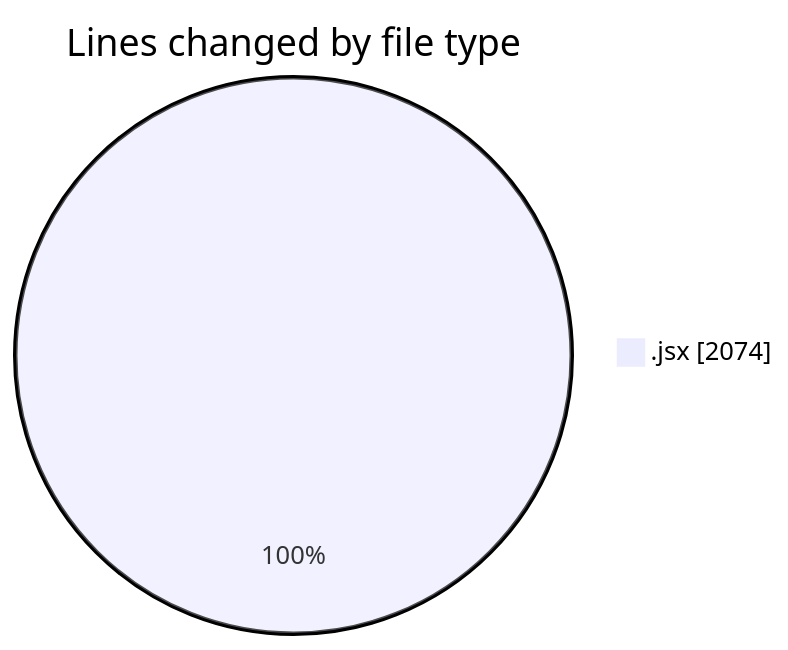
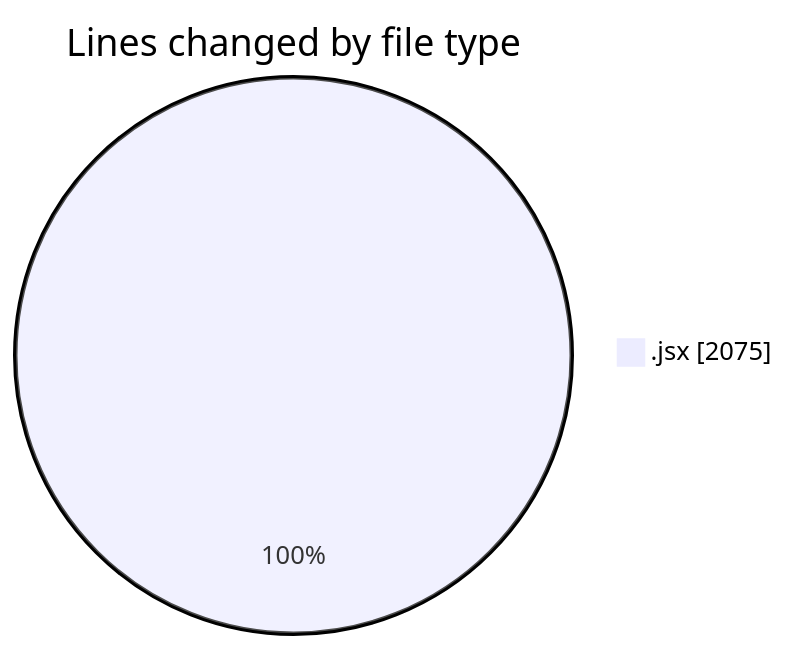
One commit to nxtqubesakshisongat/code-tracking changed the first of 2 diagrams in 2025-06-26/nxtqube_webapp/README.md. Above: the diagram before and after it, drawn with Mermaid. The commit also changed other lines of this file and 1 other file, not shown here.

````diff
--- a/2025-06-26/nxtqube_webapp/README.md
+++ b/2025-06-26/nxtqube_webapp/README.md
@@ -21,5 +21,5 @@
 ```mermaid
 pie showData
 title Lines changed by file type
-".jsx" : 2074
+".jsx" : 2075
 ```
````
